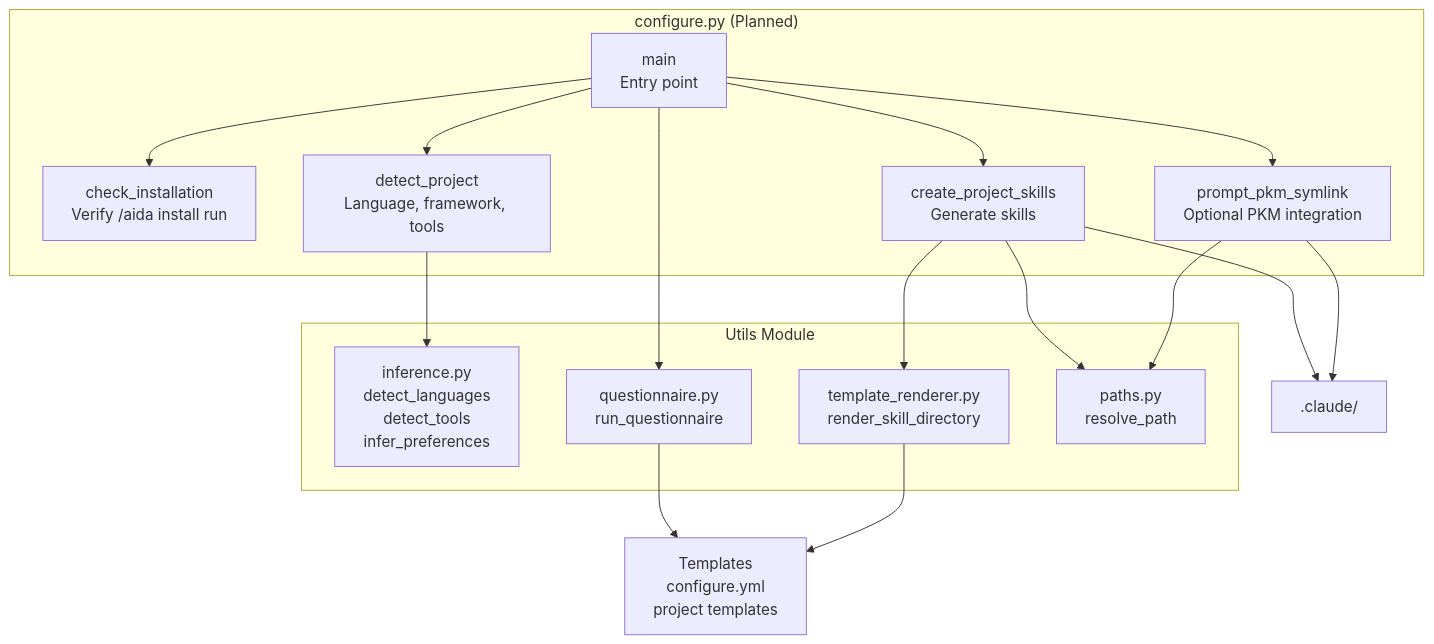
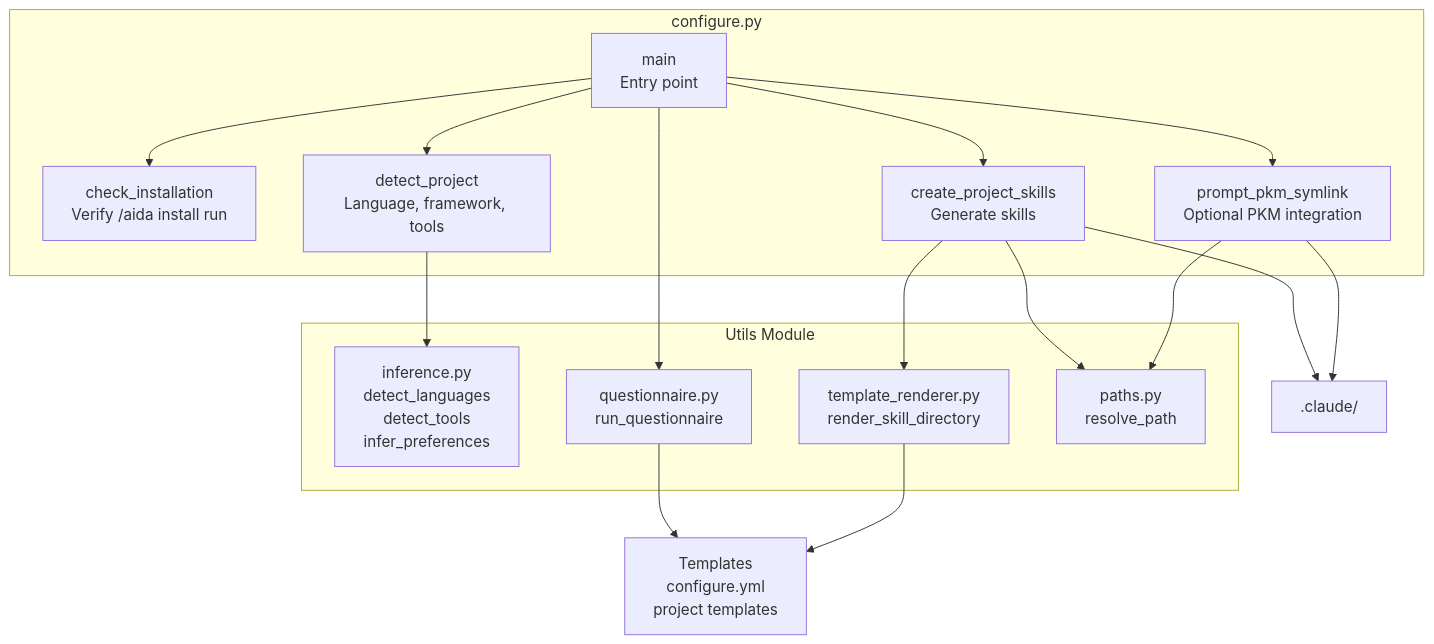
The second of 7 diagrams in docs/architecture/c4/component-diagram.md (oakensoul/aida-core-plugin), drawn with Mermaid before and after one commit. The commit also changed other lines of this file and 22 other files, not shown here.

First line of the commit message:
chore: launch preparedness - security, docs, tests, and architecture (#7)

````diff
--- a/docs/architecture/c4/component-diagram.md
+++ b/docs/architecture/c4/component-diagram.md
@@ -254,37 +270,37 @@
 ```mermaid
 graph TB
-    subgraph "configure.py (Planned)"
+    subgraph "configure.py"
         MainConfig[main<br/>Entry point]
         CheckInstall[check_installation<br/>Verify /aida install run]
         DetectProject[detect_project<br/>Language, framework, tools]
         PromptPKM[prompt_pkm_symlink<br/>Optional PKM integration]
         CreateProjectSkills[create_project_skills<br/>Generate skills]
     end
 
     subgraph "Utils Module"
         Inference[inference.py<br/>detect_languages<br/>detect_tools<br/>infer_preferences]
         Questionnaire2[questionnaire.py<br/>run_questionnaire]
         TemplateRender2[template_renderer.py<br/>render_skill_directory]
         PathsGet2[paths.py<br/>resolve_path]
     end
 
     Templates2[Templates<br/>configure.yml<br/>project templates]
     ProjectFS[.claude/]
 
     MainConfig --> CheckInstall
     MainConfig --> DetectProject
     MainConfig --> Questionnaire2
     MainConfig --> CreateProjectSkills
     MainConfig --> PromptPKM
 
     DetectProject --> Inference
     CreateProjectSkills --> TemplateRender2
     CreateProjectSkills --> PathsGet2
     PromptPKM --> PathsGet2
 
     Questionnaire2 --> Templates2
     TemplateRender2 --> Templates2
 
     CreateProjectSkills --> ProjectFS
     PromptPKM --> ProjectFS
 ```
````
